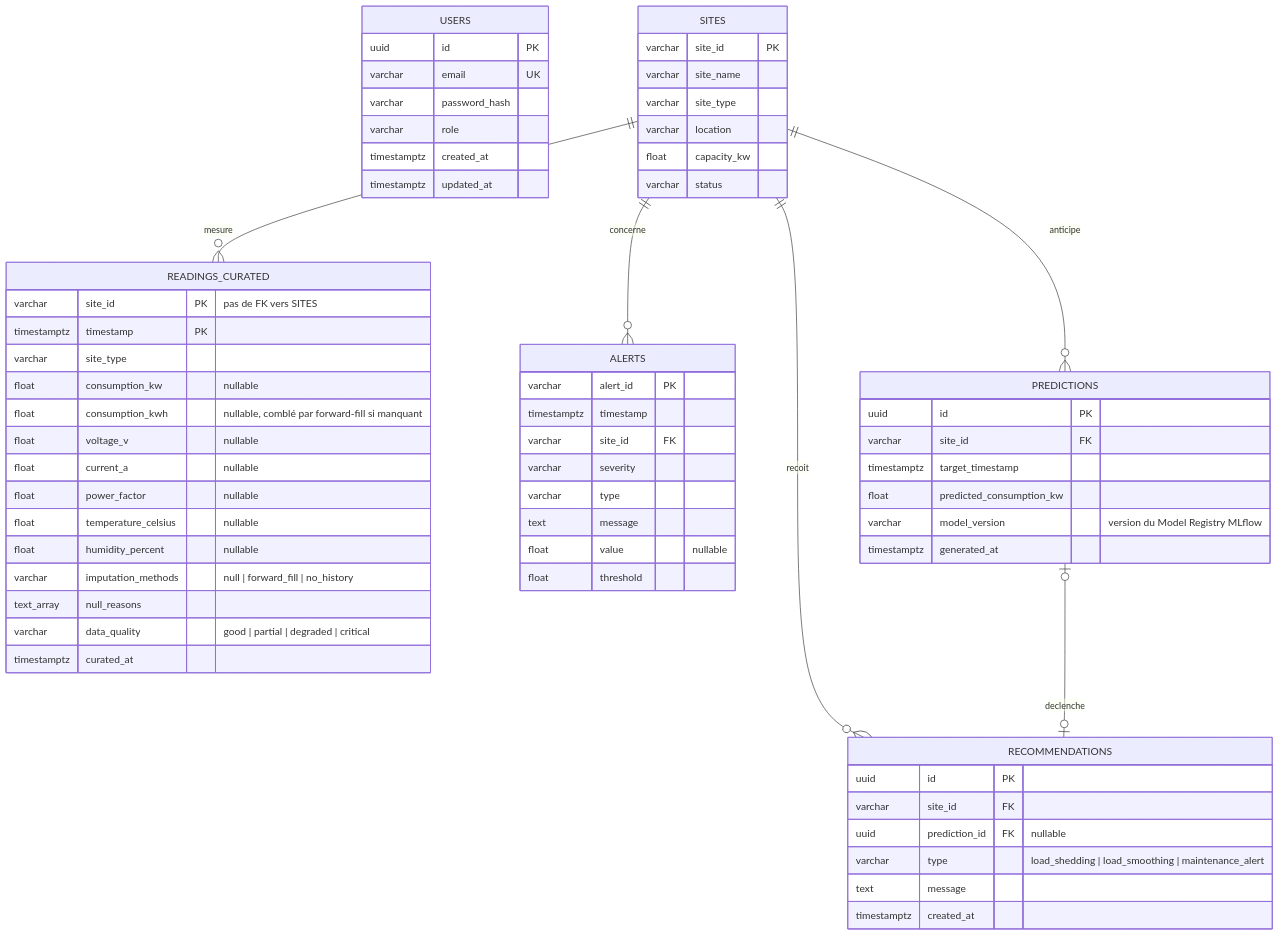
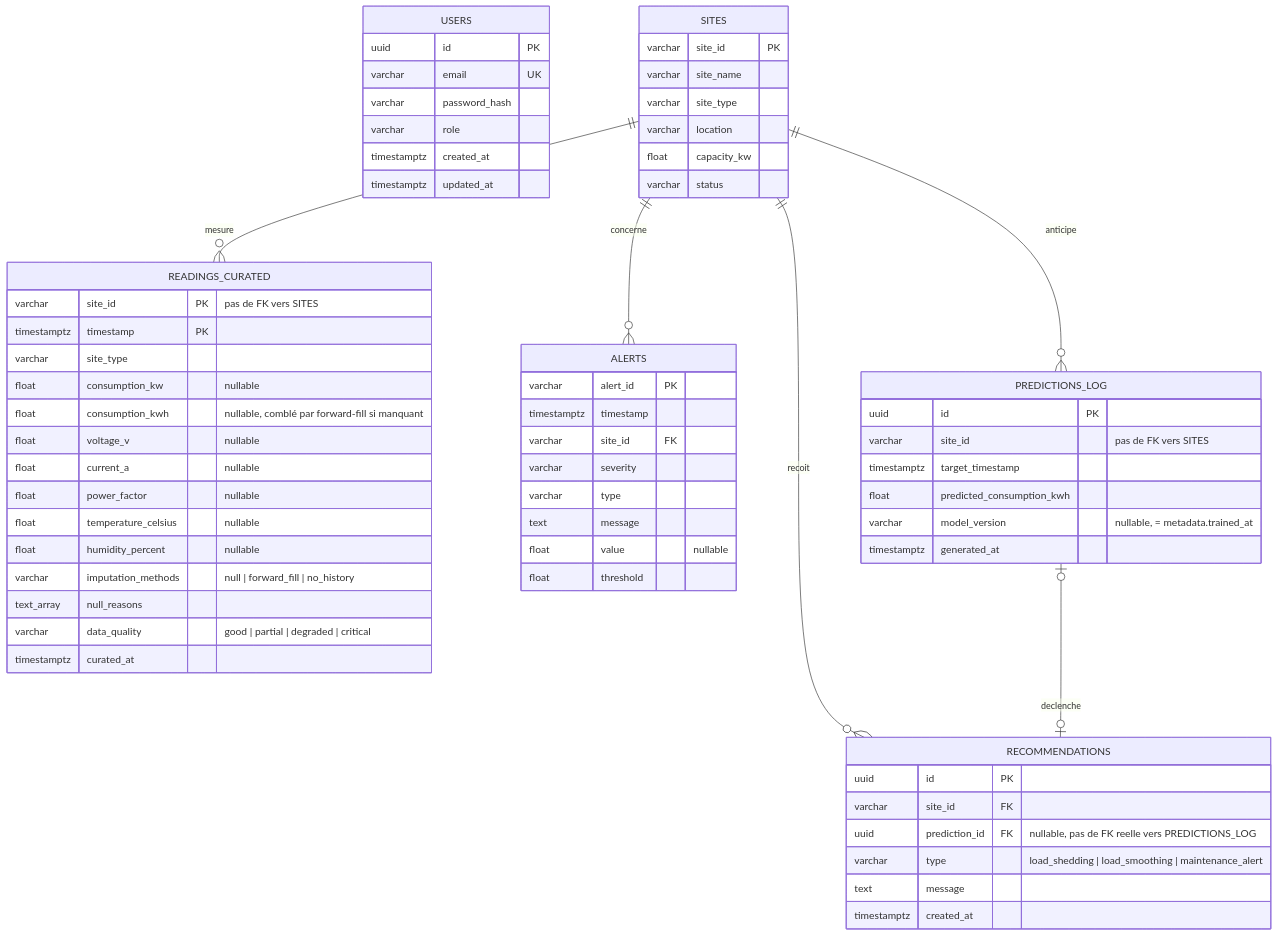
The diagram in docs/archi_database.md (PetitPingu/EnerVision), drawn with Mermaid before and after one commit. The commit also changed other lines of this file and 37 other files, not shown here.

````diff
--- a/docs/archi_database.md
+++ b/docs/archi_database.md
@@ -27,72 +26,72 @@
 ```mermaid
 erDiagram
     USERS {
         uuid id PK
         varchar email UK
         varchar password_hash
         varchar role
         timestamptz created_at
         timestamptz updated_at
     }
 
     SITES {
         varchar site_id PK
         varchar site_name
         varchar site_type
         varchar location
         float capacity_kw
         varchar status
     }
 
     READINGS_CURATED {
         varchar site_id PK "pas de FK vers SITES"
         timestamptz timestamp PK
         varchar site_type
         float consumption_kw "nullable"
         float consumption_kwh "nullable, comblé par forward-fill si manquant"
         float voltage_v "nullable"
         float current_a "nullable"
         float power_factor "nullable"
         float temperature_celsius "nullable"
         float humidity_percent "nullable"
         varchar imputation_methods "null | forward_fill | no_history"
         text_array null_reasons
         varchar data_quality "good | partial | degraded | critical"
         timestamptz curated_at
     }
 
     ALERTS {
         varchar alert_id PK
         timestamptz timestamp
         varchar site_id FK
         varchar severity
         varchar type
         text message
         float value "nullable"
         float threshold
     }
 
-    PREDICTIONS {
+    PREDICTIONS_LOG {
         uuid id PK
-        varchar site_id FK
+        varchar site_id "pas de FK vers SITES"
         timestamptz target_timestamp
-        float predicted_consumption_kw
-        varchar model_version "version du Model Registry MLflow"
+        float predicted_consumption_kwh
+        varchar model_version "nullable, = metadata.trained_at"
         timestamptz generated_at
     }
 
     RECOMMENDATIONS {
         uuid id PK
         varchar site_id FK
-        uuid prediction_id FK "nullable"
+        uuid prediction_id FK "nullable, pas de FK reelle vers PREDICTIONS_LOG"
         varchar type "load_shedding | load_smoothing | maintenance_alert"
         text message
         timestamptz created_at
     }
 
     SITES ||--o{ READINGS_CURATED : "mesure"
     SITES ||--o{ ALERTS : "concerne"
-    SITES ||--o{ PREDICTIONS : "anticipe"
+    SITES ||--o{ PREDICTIONS_LOG : "anticipe"
     SITES ||--o{ RECOMMENDATIONS : "recoit"
-    PREDICTIONS |o--o| RECOMMENDATIONS : "declenche"
+    PREDICTIONS_LOG |o--o| RECOMMENDATIONS : "declenche"
 ```
````
